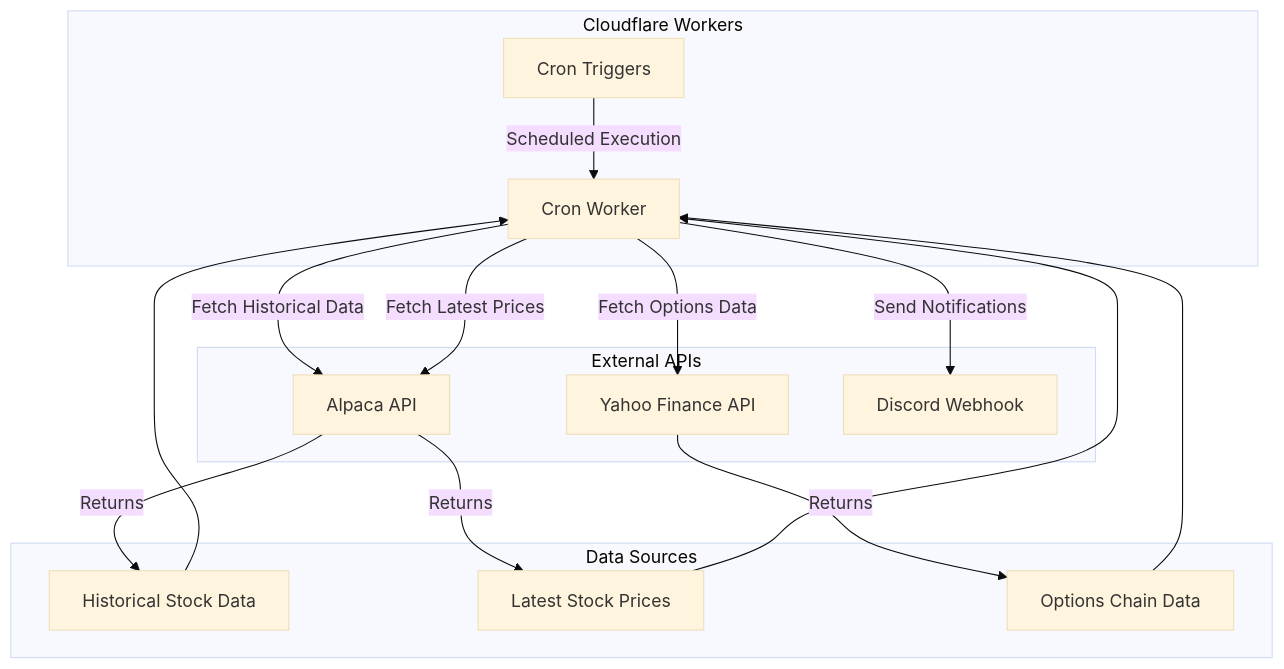
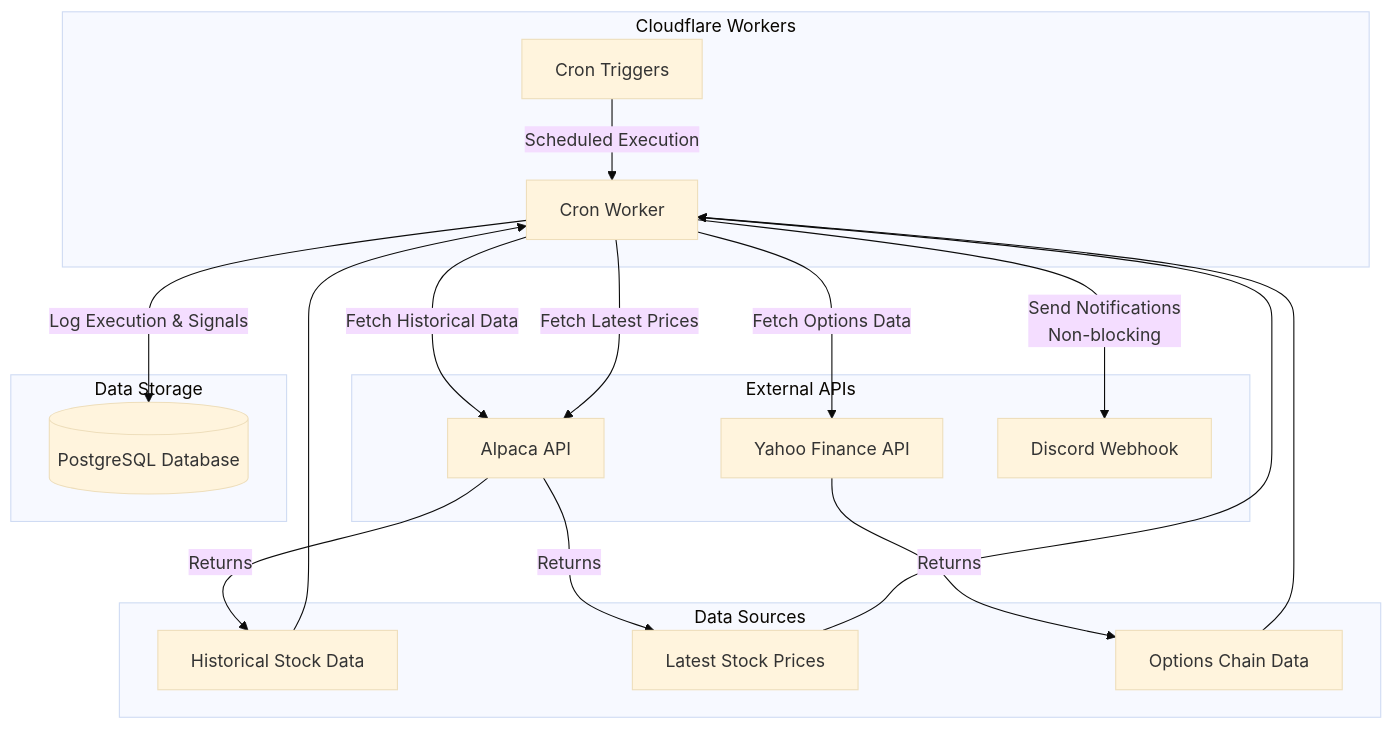
Before and after one commit to k-dang/bollinger-checker: the first of 3 diagrams in ARCHITECTURE.md, drawn with Mermaid (base theme). The commit also changed other lines of this file, not shown here.

Commit message:
chore: update architecture markdown

````diff
--- a/ARCHITECTURE.md
+++ b/ARCHITECTURE.md
@@ -9,34 +9,39 @@
 ```mermaid
 graph TB
     subgraph "Cloudflare Workers"
         CW[Cron Worker]
         CRON[Cron Triggers]
     end
 
     subgraph "External APIs"
         ALPACA[Alpaca API]
         YAHOO[Yahoo Finance API]
         DISCORD[Discord Webhook]
+    end
+
+    subgraph "Data Storage"
+        DB[(PostgreSQL Database)]
     end
 
     subgraph "Data Sources"
         BARS[Historical Stock Data]
         PRICES[Latest Stock Prices]
         OPTIONS[Options Chain Data]
     end
 
     CRON -->|Scheduled Execution| CW
     CW -->|Fetch Historical Data| ALPACA
     CW -->|Fetch Latest Prices| ALPACA
     CW -->|Fetch Options Data| YAHOO
 
     ALPACA -->|Returns| BARS
     ALPACA -->|Returns| PRICES
     YAHOO -->|Returns| OPTIONS
 
-    CW -->|Send Notifications| DISCORD
+    CW -->|Send Notifications<br/>Non-blocking| DISCORD
+    CW -->|Log Execution & Signals| DB
 
     BARS --> CW
     PRICES --> CW
     OPTIONS --> CW
 ```
````
